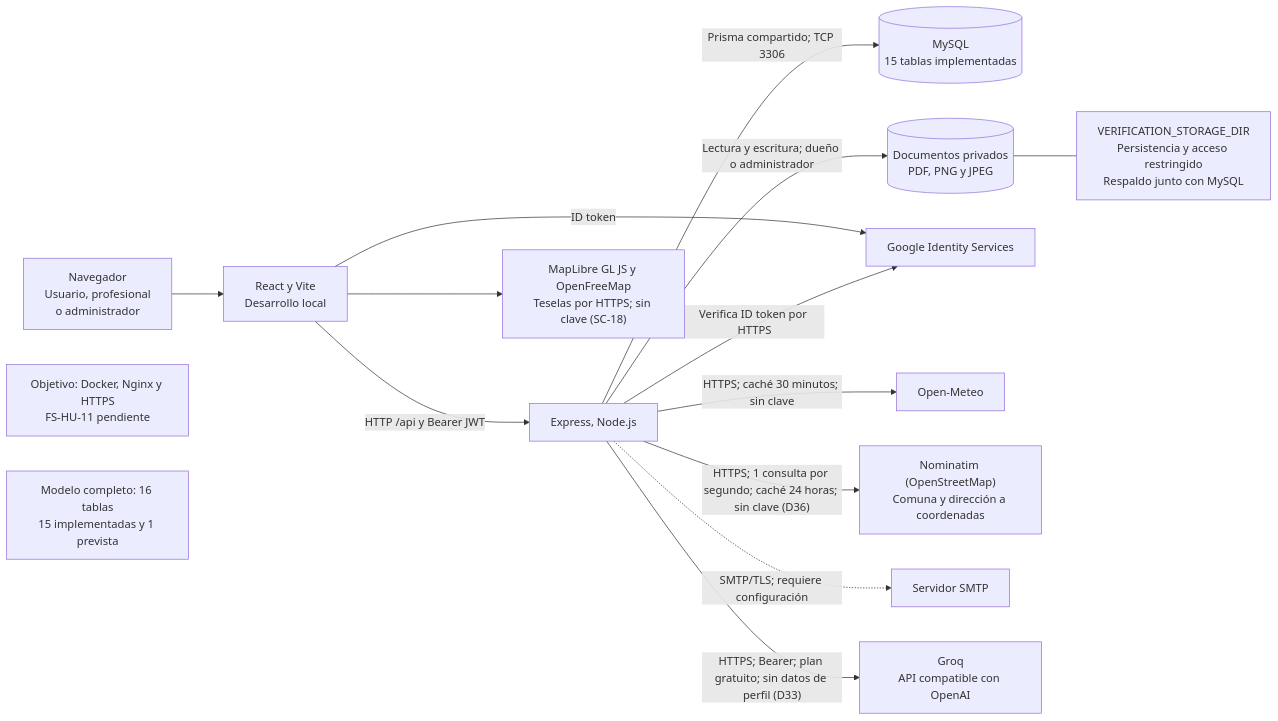
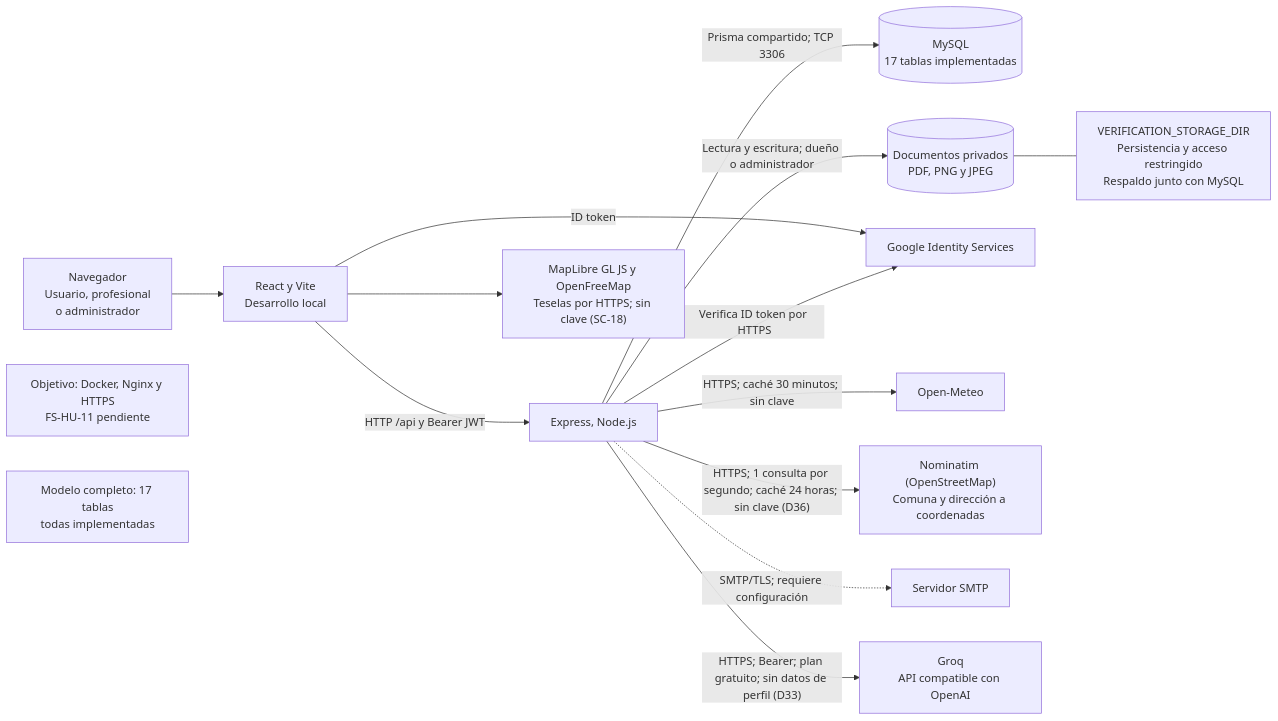
The diagram in FASE 2/Evidencias Proyecto/Evidencias de documentación/Diagramas (Miro)/Actualización Sprint 3/08_Vista_Fisica.mmd (rodriacr/FitSearch), drawn with Mermaid before and after one commit. The commit also changed 22 other files, not shown here.

Commit message:
Documentacion del modulo Comidas: DAS 1.29, diagramas 02, 03, 04, 07, 08 y 15, escenarios de FS-HU-09 y FS-HU-10 y README

```diff
--- a/FASE 2/Evidencias Proyecto/Evidencias de documentación/Diagramas (Miro)/Actualización Sprint 3/08_Vista_Fisica.mmd
+++ b/FASE 2/Evidencias Proyecto/Evidencias de documentación/Diagramas (Miro)/Actualización Sprint 3/08_Vista_Fisica.mmd
@@ -1,15 +1,15 @@
 flowchart LR
   U["Navegador<br/>Usuario, profesional<br/>o administrador"] --> F["React y Vite<br/>Desarrollo local"]
   F -->|"HTTP /api y Bearer JWT"| B["Express, Node.js"]
-  B -->|"Prisma compartido; TCP 3306"| D[("MySQL<br/>15 tablas implementadas")]
+  B -->|"Prisma compartido; TCP 3306"| D[("MySQL<br/>17 tablas implementadas")]
   B -->|"Lectura y escritura; dueño o administrador"| A[("Documentos privados<br/>PDF, PNG y JPEG")]
   A --- P["VERIFICATION_STORAGE_DIR<br/>Persistencia y acceso restringido<br/>Respaldo junto con MySQL"]
   F -->|"ID token"| I["Google Identity Services"]
   B -->|"Verifica ID token por HTTPS"| I
   B -->|"HTTPS; caché 30 minutos; sin clave"| O["Open-Meteo"]
   B -->|"HTTPS; 1 consulta por segundo; caché 24 horas; sin clave (D36)"| NM["Nominatim (OpenStreetMap)<br/>Comuna y dirección a coordenadas"]
   B -.->|"SMTP/TLS; requiere configuración"| S["Servidor SMTP"]
   F --> G["MapLibre GL JS y OpenFreeMap<br/>Teselas por HTTPS; sin clave (SC-18)"]
   B -->|"HTTPS; Bearer; plan gratuito; sin datos de perfil (D33)"| C["Groq<br/>API compatible con OpenAI"]
   N["Objetivo: Docker, Nginx y HTTPS<br/>FS-HU-11 pendiente"]
-  M["Modelo completo: 16 tablas<br/>15 implementadas y 1 prevista"]
+  M["Modelo completo: 17 tablas<br/>todas implementadas"]
```
